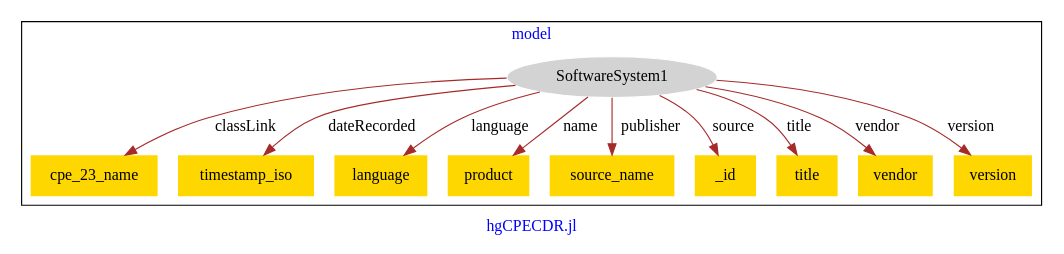
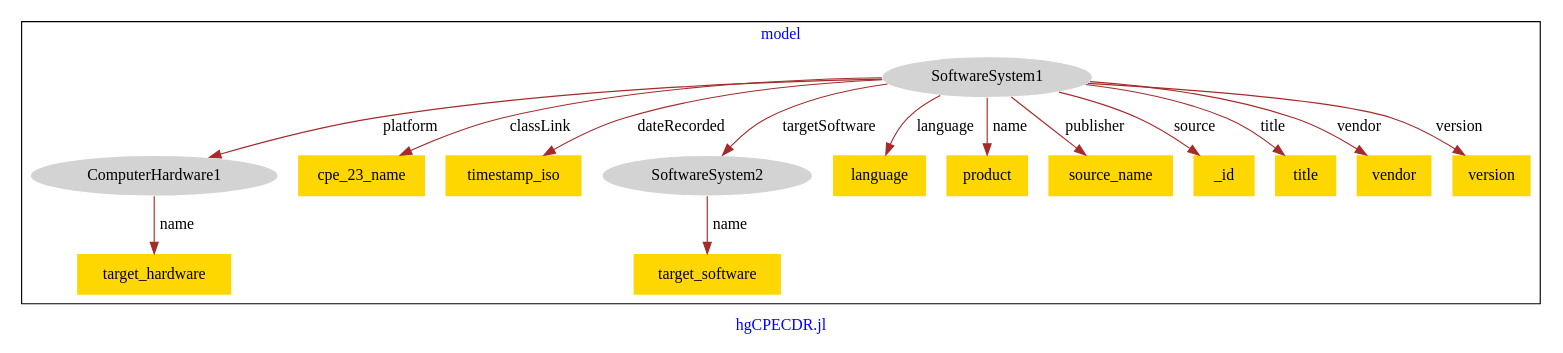
Before and after one commit to usc-isi-i2/effect-alignment: the diagram in models/hg-cpe/hgCPECDR.jl-model.dot, drawn with Graphviz.

Commit message:
Update file hgCPECDR.jl-model.dot

```diff
--- a/models/hg-cpe/hgCPECDR.jl-model.dot
+++ b/models/hg-cpe/hgCPECDR.jl-model.dot
@@ -1,27 +1,35 @@
 digraph n0 {
 fontcolor="blue"
 remincross="true"
 label="hgCPECDR.jl"
 subgraph cluster {
 label="model"
-n2[style="filled",color="white",fillcolor="lightgray",label="SoftwareSystem1"];
-n3[shape="plaintext",style="filled",fillcolor="gold",label="cpe_23_name"];
-n4[shape="plaintext",style="filled",fillcolor="gold",label="timestamp_iso"];
-n5[shape="plaintext",style="filled",fillcolor="gold",label="language"];
-n6[shape="plaintext",style="filled",fillcolor="gold",label="product"];
-n7[shape="plaintext",style="filled",fillcolor="gold",label="source_name"];
-n8[shape="plaintext",style="filled",fillcolor="gold",label="_id"];
-n9[shape="plaintext",style="filled",fillcolor="gold",label="title"];
-n10[shape="plaintext",style="filled",fillcolor="gold",label="vendor"];
-n11[shape="plaintext",style="filled",fillcolor="gold",label="version"];
+n2[style="filled",color="white",fillcolor="lightgray",label="ComputerHardware1"];
+n3[shape="plaintext",style="filled",fillcolor="gold",label="target_hardware"];
+n4[style="filled",color="white",fillcolor="lightgray",label="SoftwareSystem1"];
+n5[shape="plaintext",style="filled",fillcolor="gold",label="cpe_23_name"];
+n6[shape="plaintext",style="filled",fillcolor="gold",label="timestamp_iso"];
+n7[style="filled",color="white",fillcolor="lightgray",label="SoftwareSystem2"];
+n8[shape="plaintext",style="filled",fillcolor="gold",label="language"];
+n9[shape="plaintext",style="filled",fillcolor="gold",label="product"];
+n10[shape="plaintext",style="filled",fillcolor="gold",label="source_name"];
+n11[shape="plaintext",style="filled",fillcolor="gold",label="_id"];
+n12[shape="plaintext",style="filled",fillcolor="gold",label="title"];
+n13[shape="plaintext",style="filled",fillcolor="gold",label="vendor"];
+n14[shape="plaintext",style="filled",fillcolor="gold",label="version"];
+n15[shape="plaintext",style="filled",fillcolor="gold",label="target_software"];
 }
-n2 -> n3[color="brown",fontcolor="black",label="classLink"]
-n2 -> n4[color="brown",fontcolor="black",label="dateRecorded"]
-n2 -> n5[color="brown",fontcolor="black",label="language"]
-n2 -> n6[color="brown",fontcolor="black",label="name"]
-n2 -> n7[color="brown",fontcolor="black",label="publisher"]
-n2 -> n8[color="brown",fontcolor="black",label="source"]
-n2 -> n9[color="brown",fontcolor="black",label="title"]
-n2 -> n10[color="brown",fontcolor="black",label="vendor"]
-n2 -> n11[color="brown",fontcolor="black",label="version"]
+n2 -> n3[color="brown",fontcolor="black",label="name"]
+n4 -> n5[color="brown",fontcolor="black",label="classLink"]
+n4 -> n6[color="brown",fontcolor="black",label="dateRecorded"]
+n4 -> n2[color="brown",fontcolor="black",label="platform"]
+n4 -> n7[color="brown",fontcolor="black",label="targetSoftware"]
+n4 -> n8[color="brown",fontcolor="black",label="language"]
+n4 -> n9[color="brown",fontcolor="black",label="name"]
+n4 -> n10[color="brown",fontcolor="black",label="publisher"]
+n4 -> n11[color="brown",fontcolor="black",label="source"]
+n4 -> n12[color="brown",fontcolor="black",label="title"]
+n4 -> n13[color="brown",fontcolor="black",label="vendor"]
+n4 -> n14[color="brown",fontcolor="black",label="version"]
+n7 -> n15[color="brown",fontcolor="black",label="name"]
 }
```
